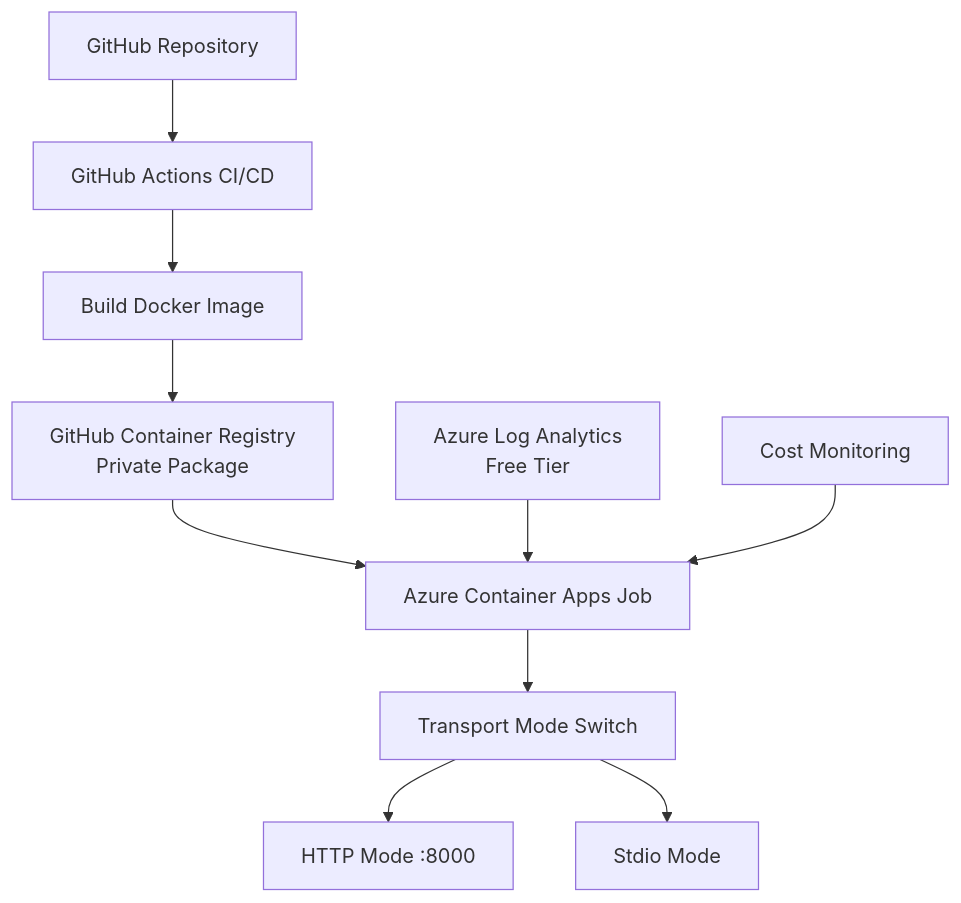
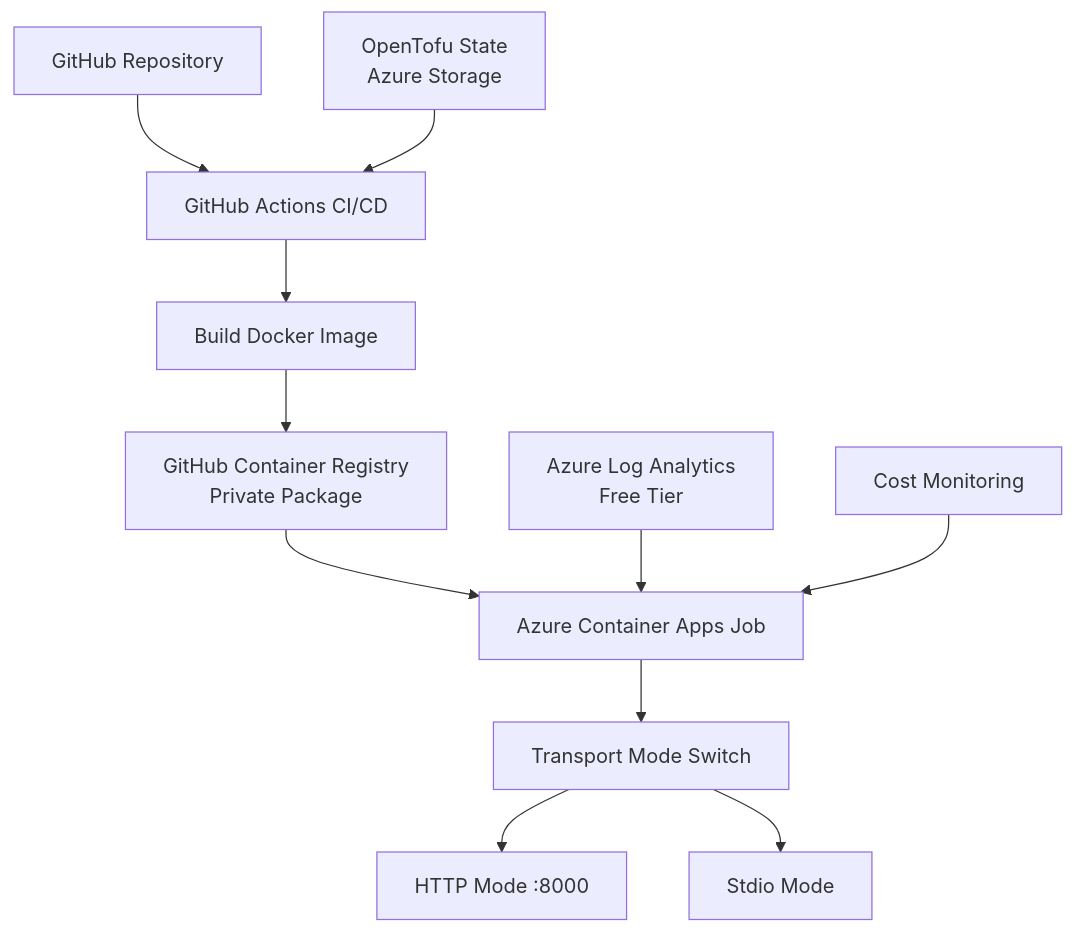
Before and after one commit to FrogslayerDV/FS-ppt-mcp-server: the diagram in feature/azure-container-apps-deployment.md, drawn with Mermaid. The commit also changed other lines of this file and 18 other files, not shown here.

````diff
--- a/feature/azure-container-apps-deployment.md
+++ b/feature/azure-container-apps-deployment.md
@@ -9,13 +9,14 @@
 ```mermaid
 graph TB
     A[GitHub Repository] --> B[GitHub Actions CI/CD]
     B --> C[Build Docker Image]
     C --> D[GitHub Container Registry<br/>Private Package]
     D --> E[Azure Container Apps Job]
     E --> F[Transport Mode Switch]
     F --> G[HTTP Mode :8000]
     F --> H[Stdio Mode]
     
     I[Azure Log Analytics<br/>Free Tier] --> E
     J[Cost Monitoring] --> E
+    K[OpenTofu State<br/>Azure Storage] --> B
 ```
````
